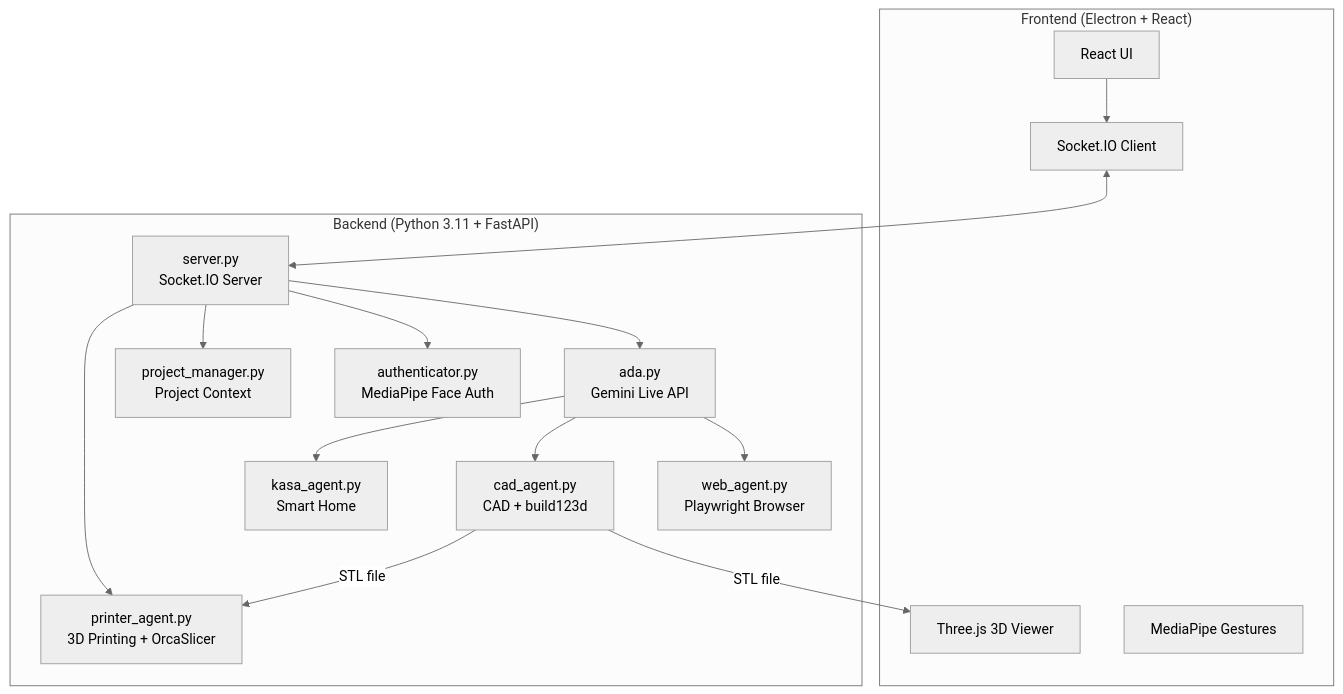
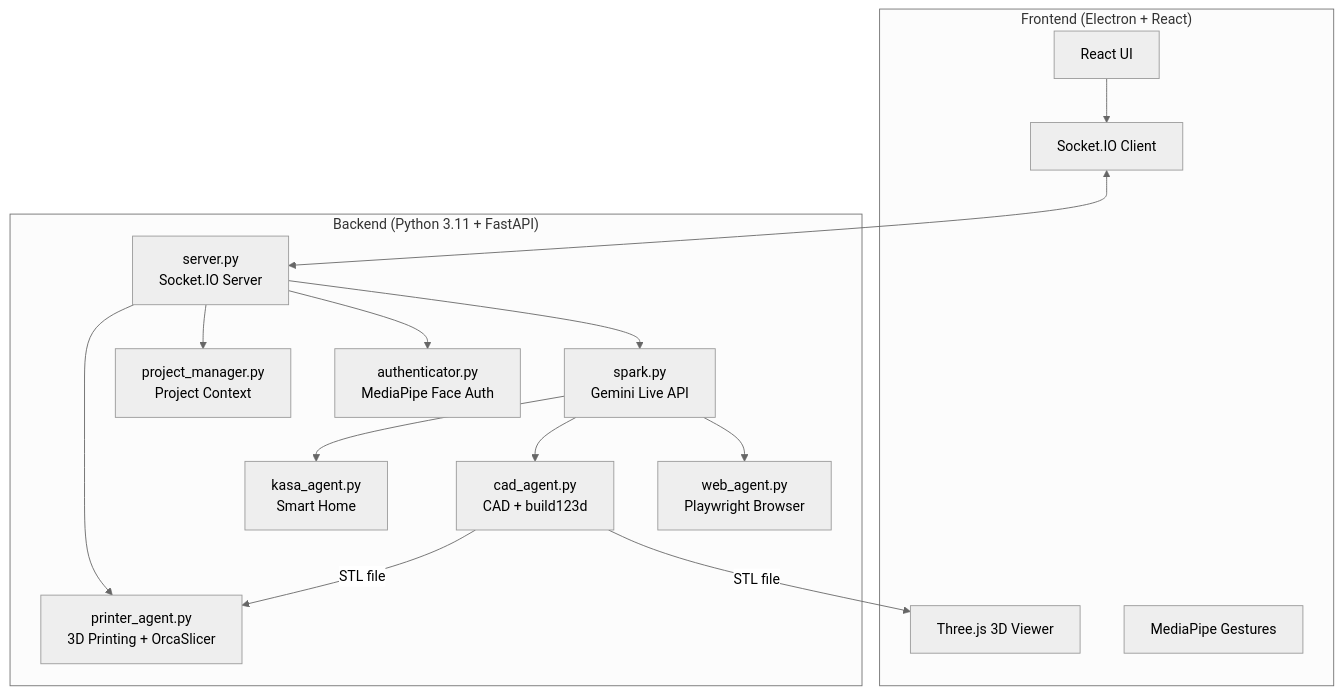
The diagram in README.md (vyndivybes/spark), drawn with Mermaid (neutral theme) before and after one commit. The commit also changed other lines of this file and 50 other files, not shown here.

````diff
--- a/README.md
+++ b/README.md
@@ -996,32 +996,32 @@
 ```mermaid
 graph TB
     subgraph Frontend ["Frontend (Electron + React)"]
         UI[React UI]
         THREE[Three.js 3D Viewer]
         GESTURE[MediaPipe Gestures]
         SOCKET_C[Socket.IO Client]
     end
     
     subgraph Backend ["Backend (Python 3.11 + FastAPI)"]
         SERVER[server.py<br/>Socket.IO Server]
-        ADA[ada.py<br/>Gemini Live API]
+        SPARK[spark.py<br/>Gemini Live API]
         WEB[web_agent.py<br/>Playwright Browser]
         CAD[cad_agent.py<br/>CAD + build123d]
         PRINTER[printer_agent.py<br/>3D Printing + OrcaSlicer]
         KASA[kasa_agent.py<br/>Smart Home]
         AUTH[authenticator.py<br/>MediaPipe Face Auth]
         PM[project_manager.py<br/>Project Context]
     end
     
     UI --> SOCKET_C
     SOCKET_C <--> SERVER
-    SERVER --> ADA
-    ADA --> WEB
-    ADA --> CAD
-    ADA --> KASA
+    SERVER --> SPARK
+    SPARK --> WEB
+    SPARK --> CAD
+    SPARK --> KASA
     SERVER --> AUTH
     SERVER --> PM
     SERVER --> PRINTER
     CAD -->|STL file| THREE
     CAD -->|STL file| PRINTER
 ```
````
